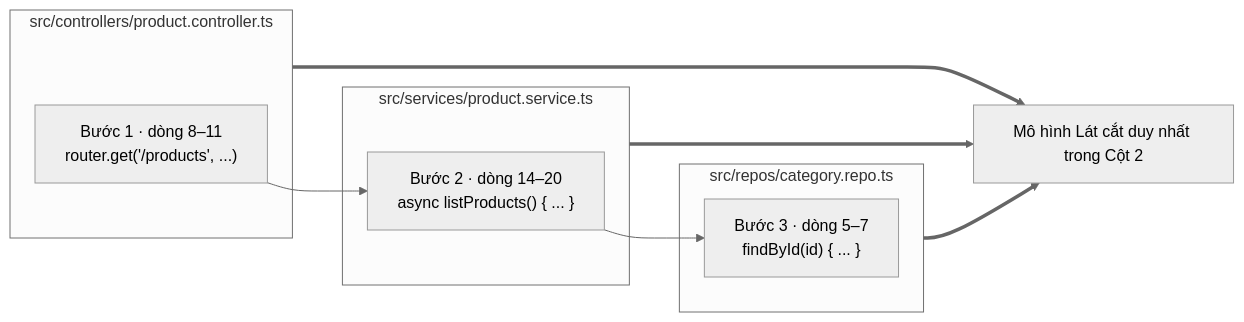
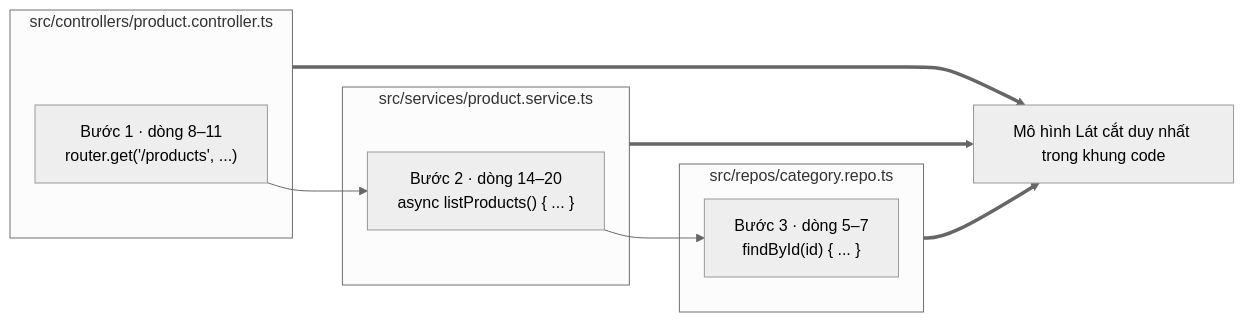
The fourth of 9 diagrams in doc-de-hieu/06_giao_dien.md (huynhthanhnhannnh-pixel/Hackathon_SGU), drawn with Mermaid (neutral theme) before and after one commit. The commit also changed other lines of this file and 10 other files, not shown here.

````diff
--- a/doc-de-hieu/06_giao_dien.md
+++ b/doc-de-hieu/06_giao_dien.md
@@ -263,15 +242,15 @@
 ```mermaid
 flowchart LR
     subgraph Controller ["src/controllers/product.controller.ts"]
         C_CODE["Bước 1 · dòng 8–11<br/>router.get('/products', ...)"]
     end
     subgraph Service ["src/services/product.service.ts"]
         S_CODE["Bước 2 · dòng 14–20<br/>async listProducts() { ... }"]
     end
     subgraph Repo ["src/repos/category.repo.ts"]
         R_CODE["Bước 3 · dòng 5–7<br/>findById(id) { ... }"]
     end
     
     C_CODE --> S_CODE --> R_CODE
-    Controller & Service & Repo ==> SLICE["Mô hình Lát cắt duy nhất trong Cột 2"]
+    Controller & Service & Repo ==> SLICE["Mô hình Lát cắt duy nhất trong khung code"]
 ```
````
